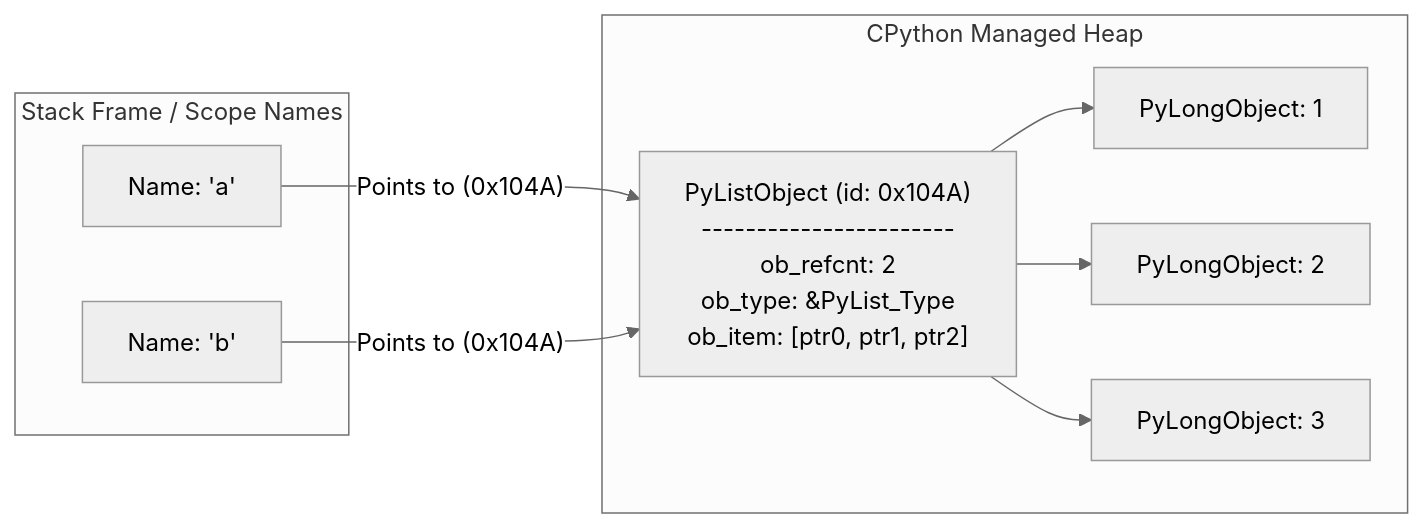
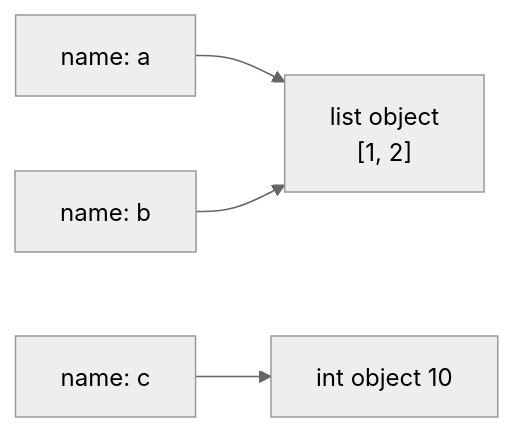
The second of 2 diagrams in content/lld/27-python-interview/01-how-python-runs-your-code/README.md (TapanKumarBarik/Backend-roadmap), drawn with Mermaid (neutral theme) before and after one commit. The commit also changed other lines of this file and 68 other files, not shown here.

````diff
--- a/content/lld/27-python-interview/01-how-python-runs-your-code/README.md
+++ b/content/lld/27-python-interview/01-how-python-runs-your-code/README.md
@@ -80,26 +39,6 @@
 ```mermaid
 flowchart LR
-    subgraph FrameNamespace["Stack Frame / Scope Names"]
-        NameA["Name: 'a'"]
-        NameB["Name: 'b'"]
-    end
-
-    subgraph HeapMemory["CPython Managed Heap"]
-        ListObj["PyListObject (id: 0x104A)
-        -----------------------
-        ob_refcnt: 2
-        ob_type: &PyList_Type
-        ob_item: [ptr0, ptr1, ptr2]"]
-        
-        Item0["PyLongObject: 1"]
-        Item1["PyLongObject: 2"]
-        Item2["PyLongObject: 3"]
-        
-        ListObj --> Item0
-        ListObj --> Item1
-        ListObj --> Item2
-    end
-
-    NameA -->|"Points to (0x104A)"| ListObj
-    NameB -->|"Points to (0x104A)"| ListObj
+  a["name: a"] --> L["list object\n[1, 2]"]
+  b["name: b"] --> L
+  c["name: c"] --> I["int object 10"]
 ```
````
